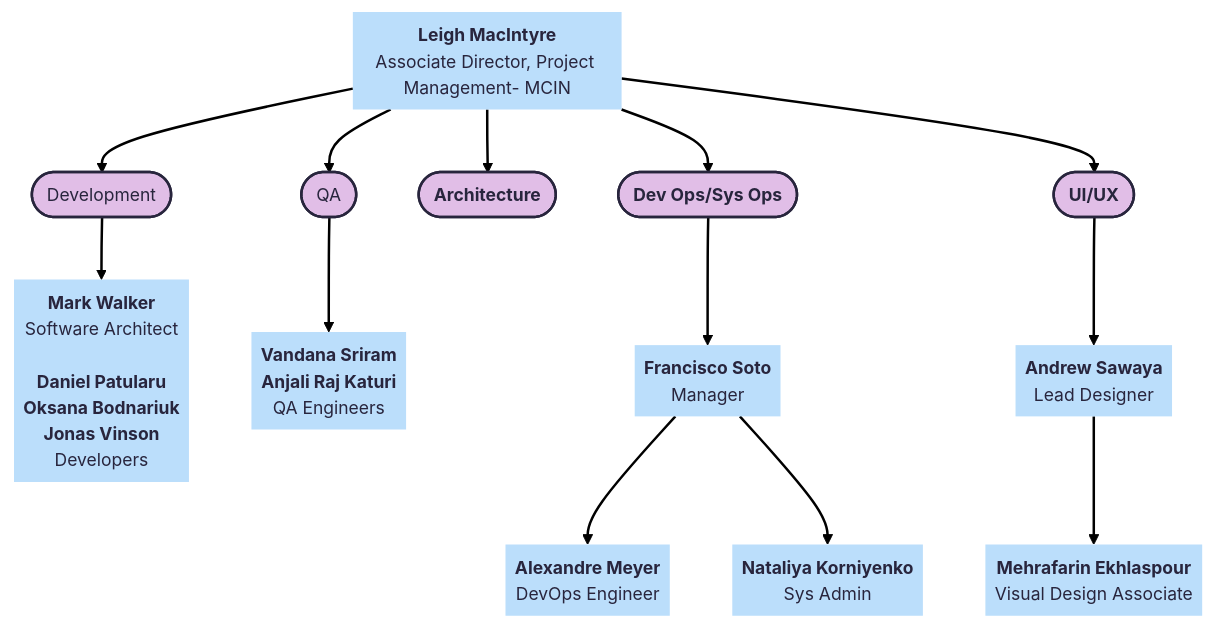
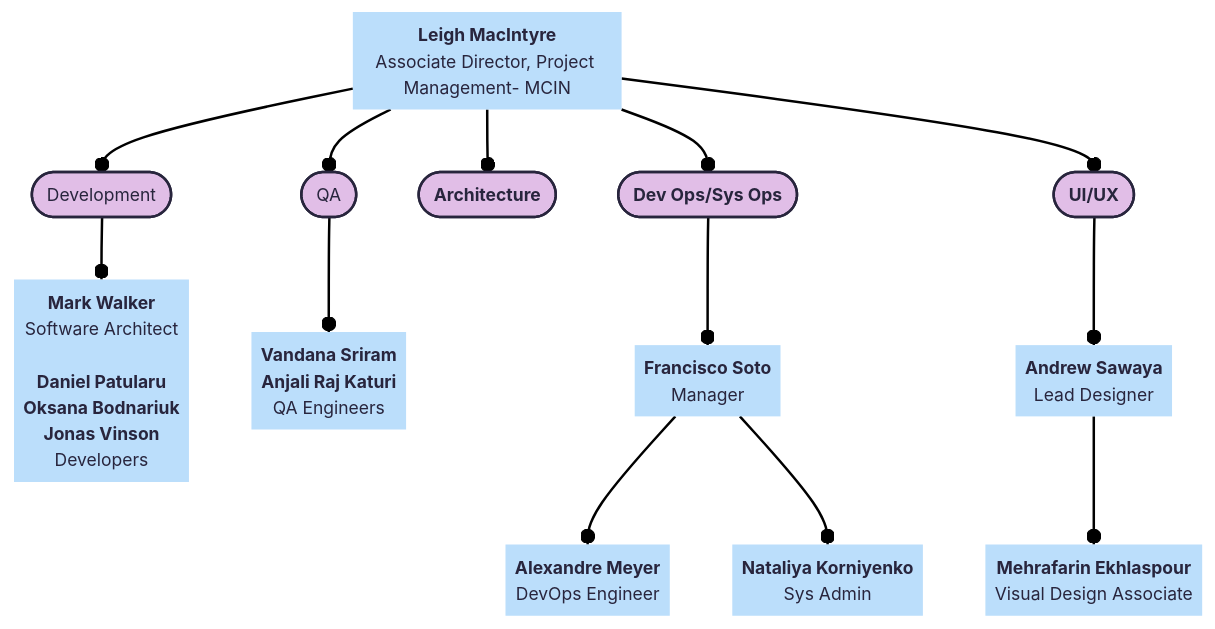
The fourth of 11 diagrams in docs/orgcharts.md (DCAN-Labs/hbcd-docs-internal), drawn with Mermaid before and after one commit. The commit also changed other lines of this file, not shown here.

````diff
--- a/docs/orgcharts.md
+++ b/docs/orgcharts.md
@@ -361,35 +361,35 @@
 ```mermaid
 ---
 config:
   theme: redux
 ---
 flowchart TD
-    A["<b>Leigh MacIntyre</b><br>Associate Director, Project Management- MCIN"] --> B(["Development"]) & n1(["QA"]) & n2(["<b>Architecture</b>"]) & n3(["<b>Dev Ops/Sys Ops</b>"]) & n4(["<b>UI/UX</b>"])
-    B --> n5["<b>Mark Walker<br></b>Software Architect<br><br><b>Daniel Patularu</b><br><b>Oksana Bodnariuk<br>Jonas Vinson<br></b>Developers"]
-    n1 --> n6["<b>Vandana Sriram</b><br><b>Anjali Raj Katuri<br></b>QA Engineers"]
-    n3 --> n8["<b>Francisco Soto<br></b>Manager<br>"]
-    n4 --> n9["<b>Andrew Sawaya<br></b>Lead Designer<br>"]
-    n8 --> n10["<b>Alexandre Meyer<br></b>DevOps Engineer"] & n11["<b>Nataliya Korniyenko<br></b>Sys Admin"]
-    n9 --> n12["<b>Mehrafarin Ekhlaspour<br></b>Visual Design Associate"]
+    A["<b>Leigh MacIntyre</b><br>Associate Director, Project Management- MCIN"] --o B(["Development"]) & n1(["QA"]) & n2(["<b>Architecture</b>"]) & n3(["<b>Dev Ops/Sys Ops</b>"]) & n4(["<b>UI/UX</b>"])
+    B --o n5["<b>Mark Walker<br></b>Software Architect<br><br><b>Daniel Patularu</b><br><b>Oksana Bodnariuk<br>Jonas Vinson<br></b>Developers"]
+    n1 --o n6["<b>Vandana Sriram</b><br><b>Anjali Raj Katuri<br></b>QA Engineers"]
+    n3 --o n8["<b>Francisco Soto<br></b>Manager<br>"]
+    n4 --o n9["<b>Andrew Sawaya<br></b>Lead Designer<br>"]
+    n8 --o n10["<b>Alexandre Meyer<br></b>DevOps Engineer"] & n11["<b>Nataliya Korniyenko<br></b>Sys Admin"]
+    n9 --o n12["<b>Mehrafarin Ekhlaspour<br></b>Visual Design Associate"]
     A@{ shape: text}
     n5@{ shape: text}
     n6@{ shape: text}
     n8@{ shape: text}
     n9@{ shape: text}
     n10@{ shape: text}
     n11@{ shape: text}
     n12@{ shape: text}
     style A fill:#BBDEFB
     style B fill:#E1BEE7
     style n1 fill:#E1BEE7
     style n2 fill:#E1BEE7
     style n3 fill:#E1BEE7
     style n4 fill:#E1BEE7
     style n5 fill:#BBDEFB
     style n6 fill:#BBDEFB
     style n8 fill:#BBDEFB
     style n9 fill:#BBDEFB
     style n10 fill:#BBDEFB
     style n11 fill:#BBDEFB
     style n12 fill:#BBDEFB
 ```
````
